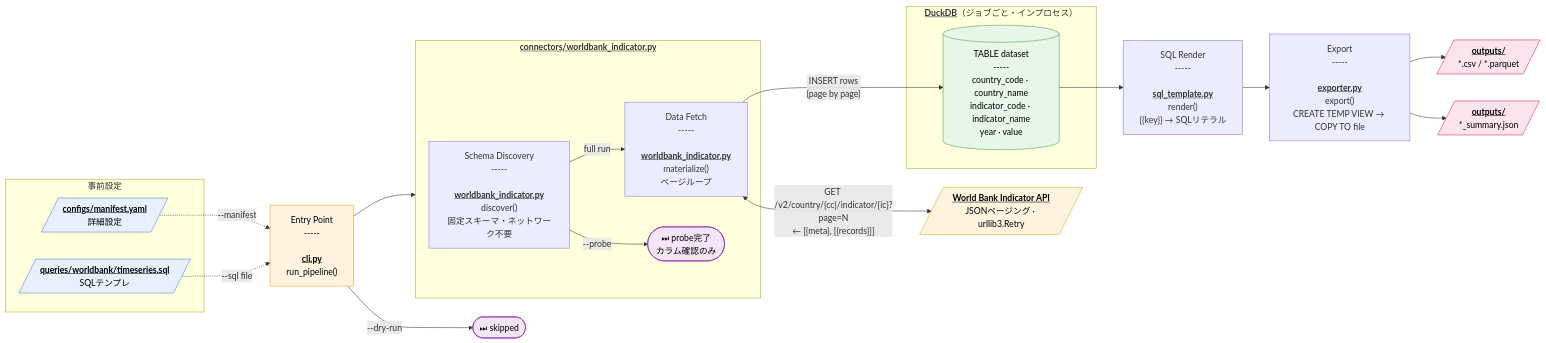
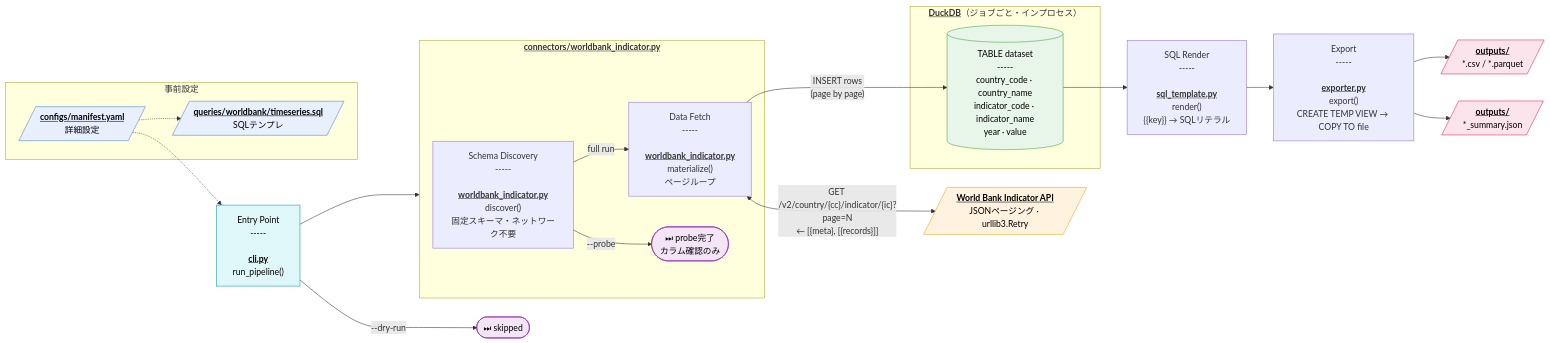
The diagram in README.md (azu-azu/api-bulk-downloader), drawn with Mermaid before and after one commit. The commit also changed 1 other file, not shown here.

Commit message:
Add Mermaid diagram conventions document
Add a docs/mermaid-conventions.md guide that standardizes flowchart
layout, node styles, labels, and color classes for future diagrams.
Update the README diagram to align with the conventions by separating
inputs, clarifying runtime steps, and applying consistent styling.

````diff
--- a/README.md
+++ b/README.md
@@ -136,52 +136,55 @@
 ```mermaid
 flowchart LR
     CLI["Entry Point<br>-----<br><br><u><b>cli.py</b></u><br>run_pipeline()"]
 
     %% inputs (auxiliary)
     subgraph PRE ["事前設定"]
         MANIFEST[/"<u><b>configs/manifest.yaml</b></u><br>詳細設定"/]
         SQL_FILE[/"<u><b>queries/worldbank/timeseries.sql</b></u><br>SQLテンプレ"/]
     end
     %% auxiliary (dashed) to show "inputs"
-    MANIFEST -.->|"--manifest"| CLI
-    SQL_FILE -.->|"--sql file"| CLI
+    MANIFEST -.-> CLI
+    MANIFEST -.-> SQL_FILE
+
 
     %% runtime flow
     CLI -->|"--dry-run"| SKIP(["⏭ skipped"])
     CLI --> CONN
 
     subgraph CONN ["<u><b>connectors/worldbank_indicator.py</b></u>"]
         DISC["Schema Discovery<br>-----<br><br><u><b>worldbank_indicator.py</b></u><br>discover()<br>固定スキーマ・ネットワーク不要"]
         MAT["Data Fetch<br>-----<br><br><u><b>worldbank_indicator.py</b></u><br>materialize()<br>ページループ"]
         DISC -->|"--probe"| PROBED(["⏭ probe完了<br>カラム確認のみ"])
         DISC -->|full run| MAT
     end
 
     MAT <-->|"GET /v2/country/{cc}/indicator/{ic}?page=N<br>← [{meta}, [{records}]]"| WB[/"<u><b>World Bank Indicator API</b></u><br>JSONページング · urllib3.Retry"/]
 
     MAT -->|"INSERT rows<br>(page by page)"| DS
 
     subgraph DUCK ["<u><b>DuckDB</b></u>（ジョブごと・インプロセス）"]
         DS[("TABLE dataset<br>-----<br>country_code · country_name<br>indicator_code · indicator_name<br>year · value")]
     end
 
     %% SQL render
     DS --> RENDER["SQL Render<br>-----<br><br><u><b>sql_template.py</b></u><br>render()<br>{{key}} → SQLリテラル"]
     RENDER --> EXPORT["Export<br>-----<br><br><u><b>exporter.py</b></u><br>export()<br>CREATE TEMP VIEW → COPY TO file"]
 
     %% outputs
     EXPORT --> OUT_DATA[/"<u><b>outputs/</b></u><br>*.csv / *.parquet"/]
     EXPORT --> OUT_SUM[/"<u><b>outputs/</b></u><br>*_summary.json"/]
 
+    classDef entry   fill:#e0f7fa,stroke:#0097a7, color:#000
     classDef file    fill:#e8f0fe,stroke:#4a7fcb, color:#000
     classDef ext     fill:#fff3e0,stroke:#e6a817, color:#000
     classDef db      fill:#e8f5e9,stroke:#43a047, color:#000
     classDef term    fill:#f3e5f5,stroke:#8e24aa, color:#000
     classDef out     fill:#fce4ec,stroke:#e91e63, color:#000
 
+    class CLI entry
     class MANIFEST,SQL_FILE file
-    class WB,CLI ext
+    class WB ext
     class DS db
     class SKIP,PROBED term
     class OUT_DATA,OUT_SUM out
 ```
````
